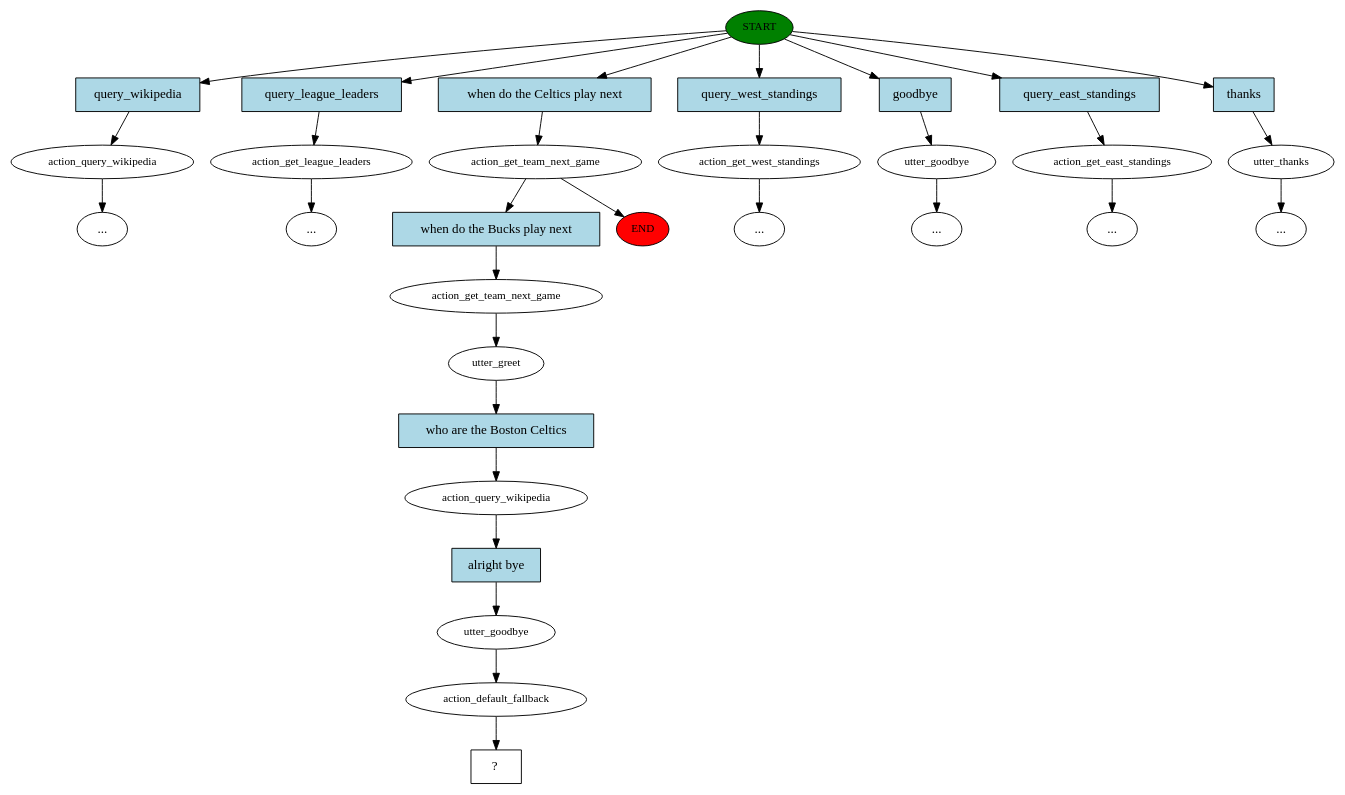
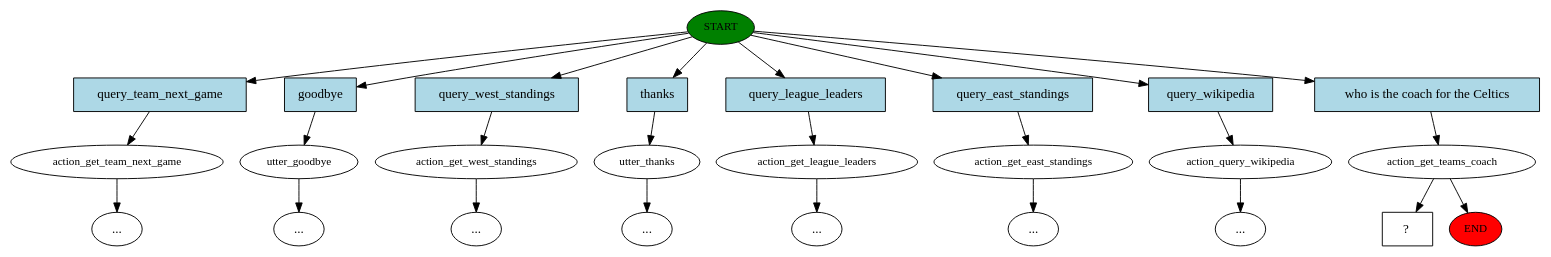
One commit to timflannagan/AI-project changed the diagram in story_graph.dot. Above: the diagram before and after it, drawn with Graphviz. The commit also changed 21 other files, not shown here.

Commit message:
Add the ability to find a head coach of a team.

```diff
--- a/story_graph.dot
+++ b/story_graph.dot
@@ -1,63 +1,53 @@
 digraph  {
-0 [class="start active", fillcolor=green, fontsize=12, label=START, style=filled];
-1 [class="", fontsize=12, label=action_query_wikipedia];
-2 [class="", fontsize=12, label=action_get_league_leaders];
-3 [class=active, fontsize=12, label=action_get_team_next_game];
-4 [class="", fontsize=12, label=action_get_west_standings];
-5 [class="", fontsize=12, label=utter_goodbye];
-6 [class="", fontsize=12, label=action_get_east_standings];
-7 [class="", fontsize=12, label=utter_thanks];
-9 [class=active, fontsize=12, label=action_get_team_next_game];
-10 [class=active, fontsize=12, label=utter_greet];
-11 [class=active, fontsize=12, label=action_query_wikipedia];
-12 [class=active, fontsize=12, label=utter_goodbye];
-13 [class=active, fontsize=12, label=action_default_fallback];
-14 [class="intent dashed active", label="  ?  ", shape=rect];
-15 [class=intent, fillcolor=lightblue, label=query_wikipedia, shape=rect, style=filled];
-16 [class=intent, fillcolor=lightblue, label=query_league_leaders, shape=rect, style=filled];
-17 [class="intent active", fillcolor=lightblue, label="when do the Celtics play next", shape=rect, style=filled];
-18 [class=intent, fillcolor=lightblue, label=query_west_standings, shape=rect, style=filled];
-19 [class=intent, fillcolor=lightblue, label=goodbye, shape=rect, style=filled];
-20 [class=intent, fillcolor=lightblue, label=query_east_standings, shape=rect, style=filled];
-21 [class=intent, fillcolor=lightblue, label=thanks, shape=rect, style=filled];
-22 [class="intent active", fillcolor=lightblue, label="when do the Bucks play next", shape=rect, style=filled];
-23 [class="intent active", fillcolor=lightblue, label="who are the Boston Celtics", shape=rect, style=filled];
-24 [class="intent active", fillcolor=lightblue, label="alright bye", shape=rect, style=filled];
+0 [style=filled, fontsize=12, class="start active", fillcolor=green, label=START];
+1 [fontsize=12, class="", label=action_get_team_next_game];
+2 [fontsize=12, class="", label=utter_goodbye];
+3 [fontsize=12, class="", label=action_get_west_standings];
+5 [fontsize=12, class="", label=utter_thanks];
+7 [fontsize=12, class="", label=action_get_league_leaders];
+8 [fontsize=12, class="", label=action_get_east_standings];
+9 [fontsize=12, class="", label=action_query_wikipedia];
+10 [fontsize=12, class=active, label=action_get_teams_coach];
+12 [shape=rect, class="intent dashed active", label="  ?  "];
+13 [label=query_team_next_game, shape=rect, style=filled, class=intent, fillcolor=lightblue];
+14 [label=goodbye, shape=rect, style=filled, class=intent, fillcolor=lightblue];
+15 [label=query_west_standings, shape=rect, style=filled, class=intent, fillcolor=lightblue];
+16 [label=thanks, shape=rect, style=filled, class=intent, fillcolor=lightblue];
+17 [label=query_league_leaders, shape=rect, style=filled, class=intent, fillcolor=lightblue];
+18 [label=query_east_standings, shape=rect, style=filled, class=intent, fillcolor=lightblue];
+19 [label=query_wikipedia, shape=rect, style=filled, class=intent, fillcolor=lightblue];
+20 [label="who is the coach for the Celtics", shape=rect, style=filled, class="intent active", fillcolor=lightblue];
+"-11" [class=ellipsis, label="..."];
+"-10" [class=ellipsis, label="..."];
+"-9" [class=ellipsis, label="..."];
 "-8" [class=ellipsis, label="..."];
 "-7" [class=ellipsis, label="..."];
-"-6" [class=ellipsis, label="..."];
 "-5" [class=ellipsis, label="..."];
 "-4" [class=ellipsis, label="..."];
-"-3" [class=ellipsis, label="..."];
-"-1" [class=end, fillcolor=red, fontsize=12, label=END, style=filled];
+"-1" [style=filled, fontsize=12, class=end, fillcolor=red, label=END];
+0 -> 13  [class="", key=0];
+0 -> 14  [class="", key=0];
 0 -> 15  [class="", key=0];
 0 -> 16  [class="", key=0];
-0 -> 17  [class=active, key=0];
+0 -> 17  [class="", key=0];
 0 -> 18  [class="", key=0];
 0 -> 19  [class="", key=0];
-0 -> 20  [class="", key=0];
-0 -> 21  [class="", key=0];
-1 -> "-3"  [class="", key=NONE, label=""];
+0 -> 20  [class=active, key=0];
+1 -> "-8"  [class="", key=NONE, label=""];
 2 -> "-4"  [class="", key=NONE, label=""];
-3 -> 22  [class=active, key=0];
-3 -> "-1"  [class="", key=NONE, label=""];
-4 -> "-5"  [class="", key=NONE, label=""];
-5 -> "-6"  [class="", key=NONE, label=""];
-6 -> "-7"  [class="", key=NONE, label=""];
-7 -> "-8"  [class="", key=NONE, label=""];
-9 -> 10  [class=active, key=NONE, label=""];
-10 -> 23  [class=active, key=0];
-11 -> 24  [class=active, key=0];
-12 -> 13  [class=active, key=NONE, label=""];
-13 -> 14  [class=active, key=NONE, label=""];
-15 -> 1  [class="", key=0];
-16 -> 2  [class="", key=0];
-17 -> 3  [class=active, key=0];
-18 -> 4  [class="", key=0];
-19 -> 5  [class="", key=0];
-20 -> 6  [class="", key=0];
-21 -> 7  [class="", key=0];
-22 -> 9  [class=active, key=0];
-23 -> 11  [class=active, key=0];
-24 -> 12  [class=active, key=0];
+3 -> "-5"  [class="", key=NONE, label=""];
+5 -> "-7"  [class="", key=NONE, label=""];
+7 -> "-9"  [class="", key=NONE, label=""];
+8 -> "-10"  [class="", key=NONE, label=""];
+9 -> "-11"  [class="", key=NONE, label=""];
+10 -> 12  [class=active, key=NONE, label=""];
+10 -> "-1"  [class="", key=NONE, label=""];
+13 -> 1  [class="", key=0];
+14 -> 2  [class="", key=0];
+15 -> 3  [class="", key=0];
+16 -> 5  [class="", key=0];
+17 -> 7  [class="", key=0];
+18 -> 8  [class="", key=0];
+19 -> 9  [class="", key=0];
+20 -> 10  [class=active, key=0];
 }
```
